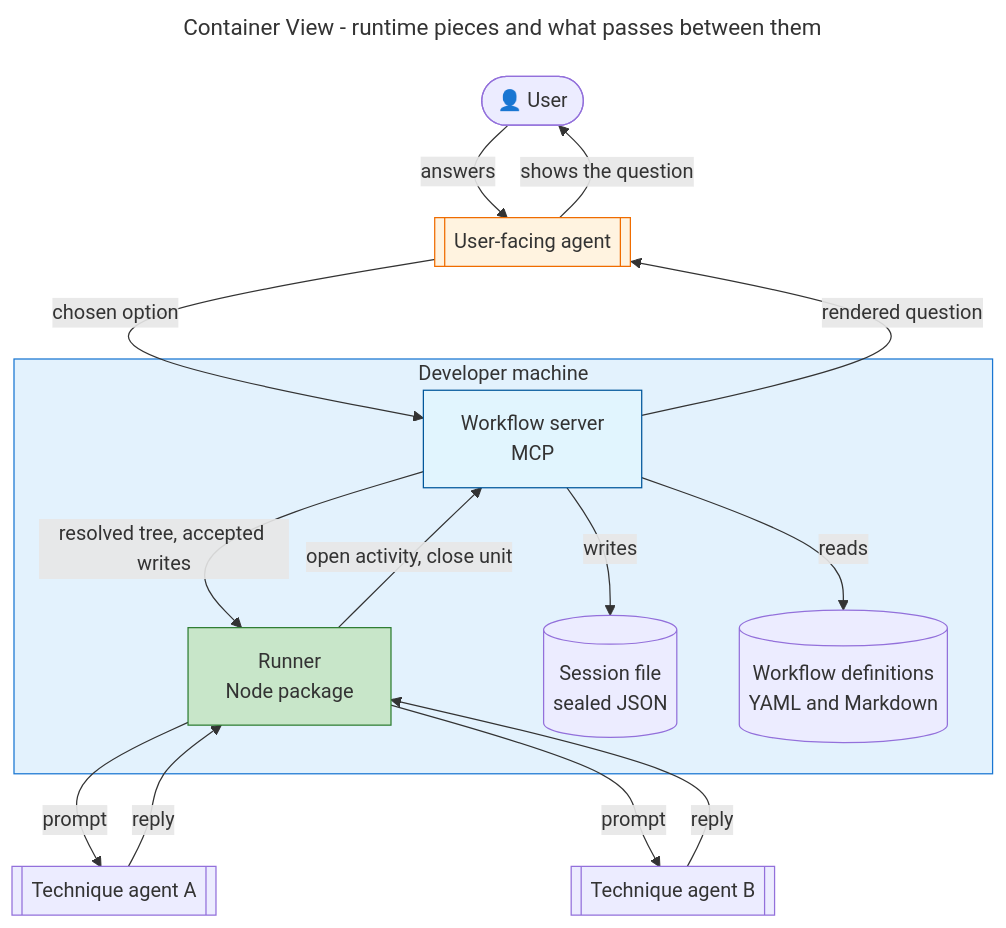
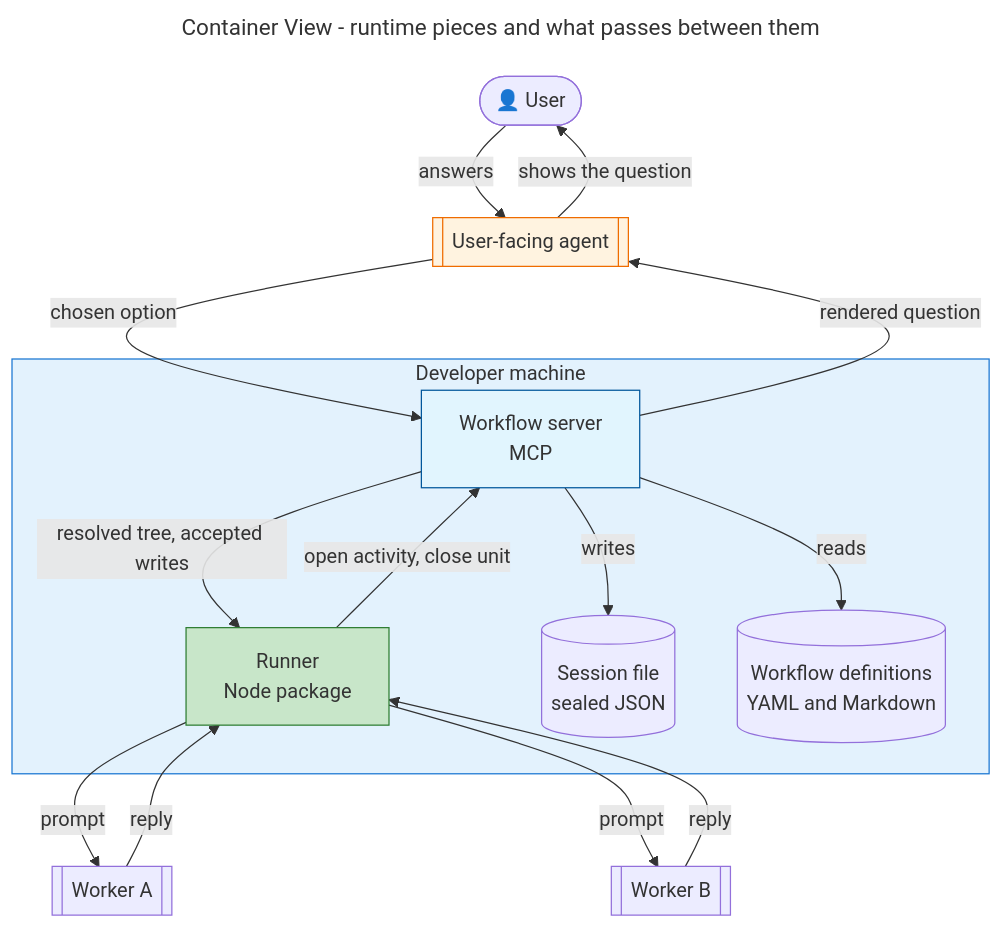
One commit to m2ux/workflow-server changed the third of 15 diagrams in artifacts/planning/2026-08-28-runner-execution-protocol/README.md. Above: the diagram before and after it, drawn with Mermaid. The commit also changed other lines of this file, not shown here.

````diff
--- a/artifacts/planning/2026-08-28-runner-execution-protocol/README.md
+++ b/artifacts/planning/2026-08-28-runner-execution-protocol/README.md
@@ -176,36 +176,36 @@
 ```mermaid
 ---
 title: Container View - runtime pieces and what passes between them
 ---
 flowchart TB
     User([👤 User])
     Facing[[User-facing agent]]
 
     subgraph Host [Developer machine]
         Server[Workflow server<br/>MCP]
         Runner[Runner<br/>Node package]
         Session[(Session file<br/>sealed JSON)]
         Corpus[(Workflow definitions<br/>YAML and Markdown)]
     end
 
-    Agent1[[Technique agent A]]
-    Agent2[[Technique agent B]]
+    Agent1[[Worker A]]
+    Agent2[[Worker B]]
 
     User -->|answers| Facing
     Facing -->|shows the question| User
     Facing -->|chosen option| Server
     Server -->|rendered question| Facing
     Server -->|resolved tree, accepted writes| Runner
     Runner -->|open activity, close unit| Server
     Server -->|writes| Session
     Server -->|reads| Corpus
     Runner -->|prompt| Agent1
     Runner -->|prompt| Agent2
     Agent1 -->|reply| Runner
     Agent2 -->|reply| Runner
 
     style Host fill:#e3f2fd,stroke:#1976d2
     style Runner fill:#c8e6c9,stroke:#2e7d32
     style Server fill:#e1f5fe,stroke:#01579b
     style Facing fill:#fff3e0,stroke:#ef6c00
 ```
````
